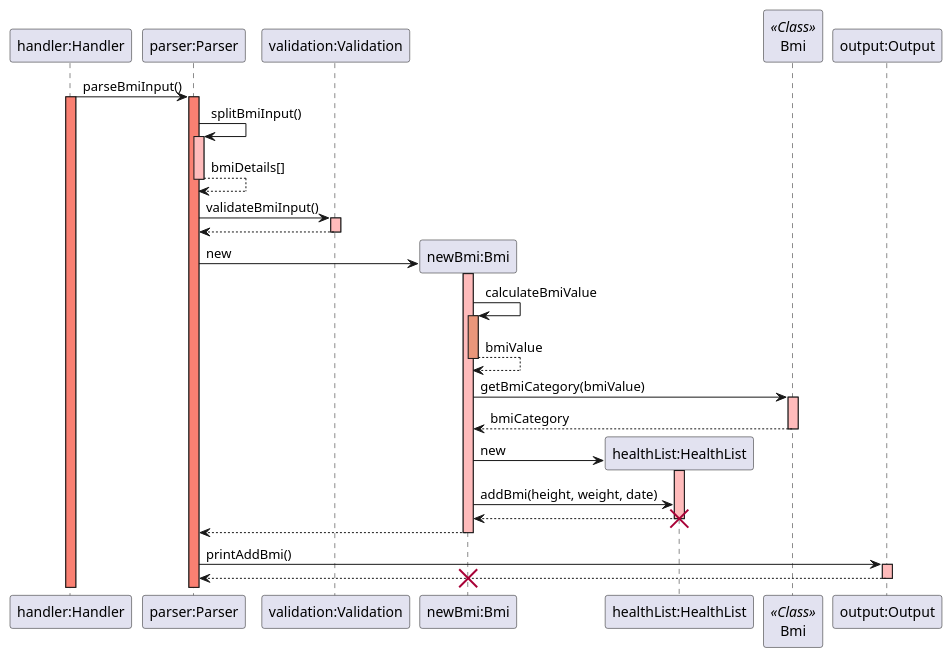
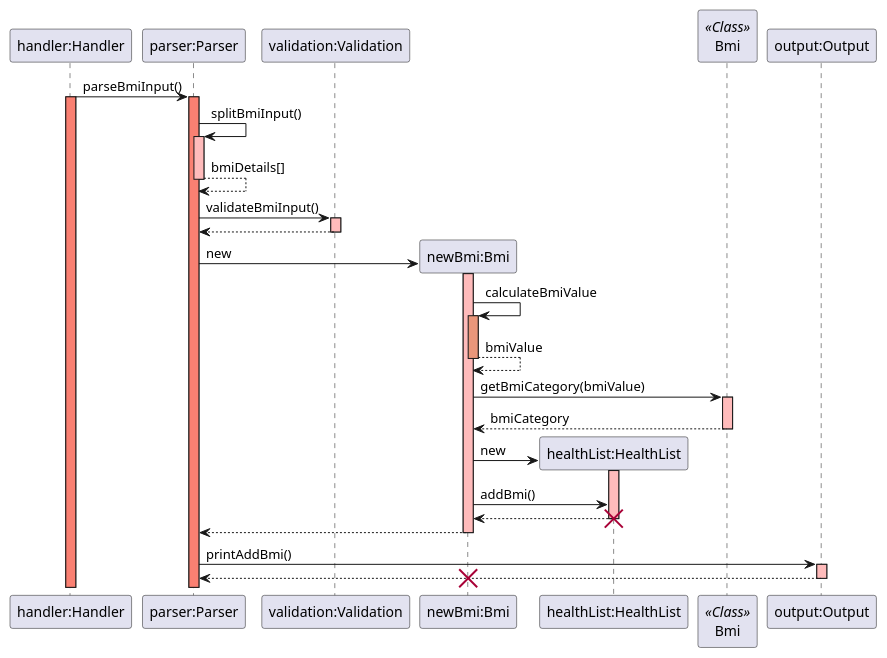
The diagram in docs/puml/sequence_diagrams/bmi_sequence.puml (rouvinerh/tp), drawn with PlantUML before and after one commit. The commit also changed 11 other files, not shown here.

Commit message:
Update sequence diagrams for Bmi and Period

```diff
--- a/docs/puml/sequence_diagrams/bmi_sequence.puml
+++ b/docs/puml/sequence_diagrams/bmi_sequence.puml
@@ -1,56 +1,56 @@
 @startuml
 
 skinparam sequenceReferenceBackgroundColor lightblue
 participant "handler:Handler" as Handler
 participant "parser:Parser" as Parser
 participant "validation:Validation" as Validation
 participant "newBmi:Bmi" as NBmi
 participant "healthList:HealthList" as HealthList
 participant "Bmi" as Bmi << Class>>
 participant "output:Output" as Output
 
 Handler -> Parser: parseBmiInput()
 activate Handler #salmon
 activate Parser #salmon
 
 Parser -> Parser: splitBmiInput()
 activate Parser #FFBBBB
 Parser --> Parser: bmiDetails[]
 deactivate Parser #FFBBBB
 
 Parser -> Validation: validateBmiInput()
 activate Validation #FFBBBB
 Validation --> Parser:
 deactivate Validation
 
 Parser -> NBmi **: new
 activate NBmi #FFBBBB
 NBmi -> NBmi: calculateBmiValue
 activate NBmi #DarkSalmon
 NBmi --> NBmi: bmiValue
 deactivate NBmi #DarkSalmon
 
 
 NBmi -> Bmi: getBmiCategory(bmiValue)
 activate Bmi #FFBBBB
 Bmi --> NBmi: bmiCategory
 deactivate Bmi #FFBBBB
 
 NBmi -> HealthList **: new
 activate HealthList #FFBBBB
-NBmi -> HealthList: addBmi(height, weight, date)
+NBmi -> HealthList: addBmi()
 HealthList --> NBmi:
 deactivate HealthList #FFBBBB
 destroy HealthList
 
 
 NBmi --> Parser:
 deactivate NBmi #FFBBBB
 
 Parser -> Output: printAddBmi()
 activate Output #FFBBBB
 Output --> Parser:
 destroy NBmi
 deactivate Output #FFBBBB
 
 @enduml
```
